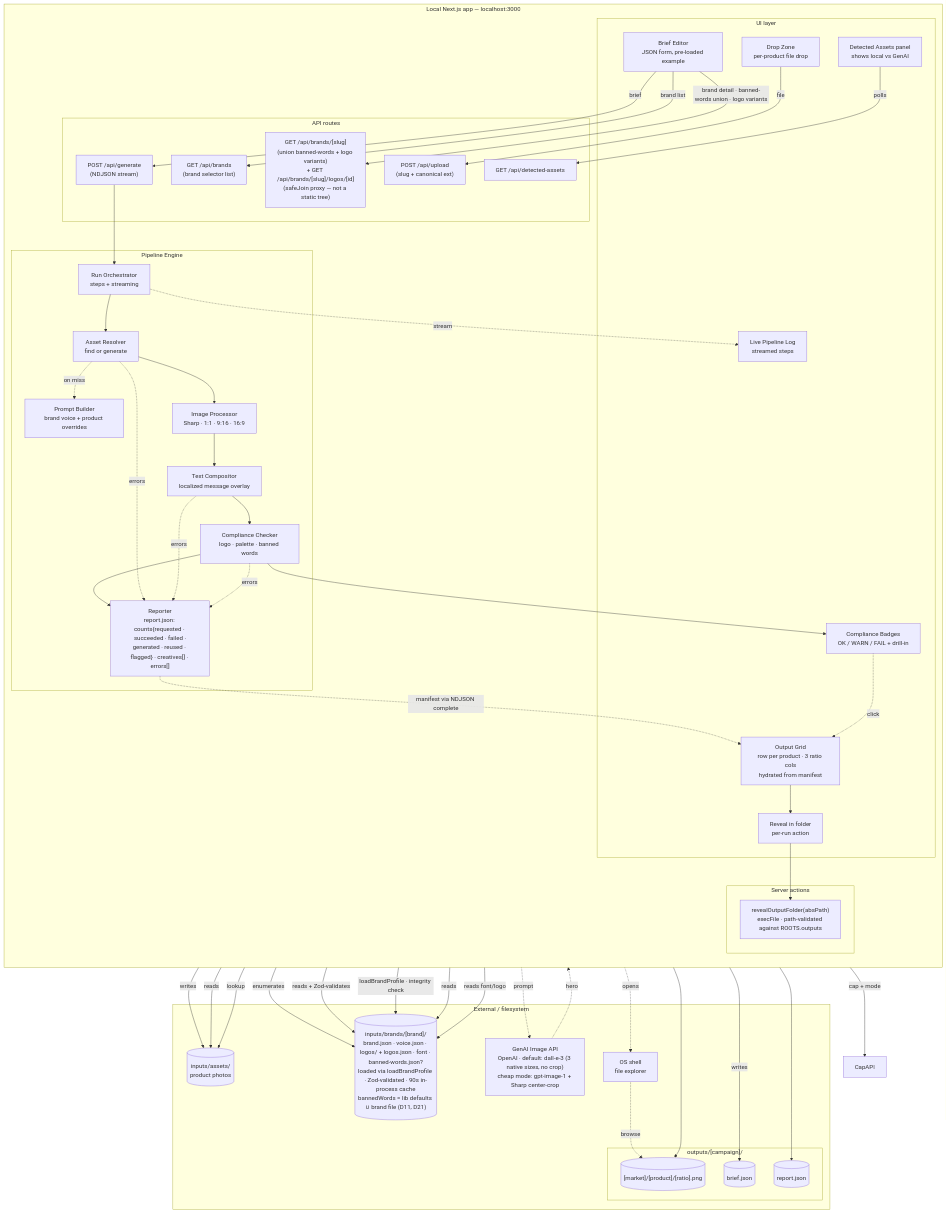
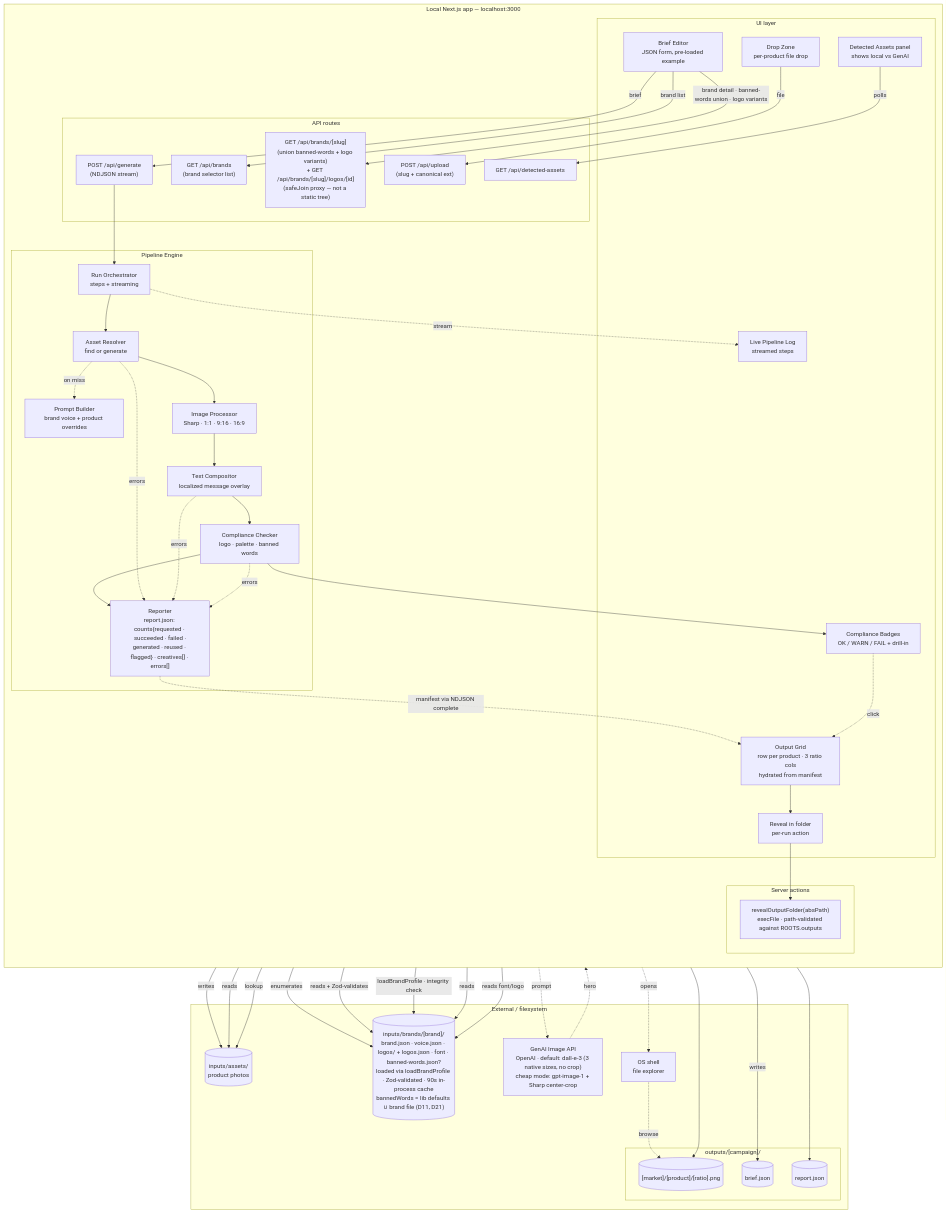
Before and after one commit to arndvs/cast: the third of 5 diagrams in docs/system-map.md, drawn with Mermaid.

Commit message:
fix(docs): remove stale CapAPI edge from system-map (D32)

```diff
--- a/docs/system-map.md
+++ b/docs/system-map.md
@@ -134,7 +134,6 @@
     Editor -->|brief| GenerateAPI
     Editor -->|brand list| BrandsAPI
     Editor -->|brand detail · banned-words union · logo variants| BrandDetailAPI
-    Editor -->|cap + mode| CapAPI
     BrandsAPI -->|enumerates| BrandProfile
     BrandDetailAPI -->|reads + Zod-validates| BrandProfile
     GenerateAPI -->|loadBrandProfile · integrity check| BrandProfile
```
